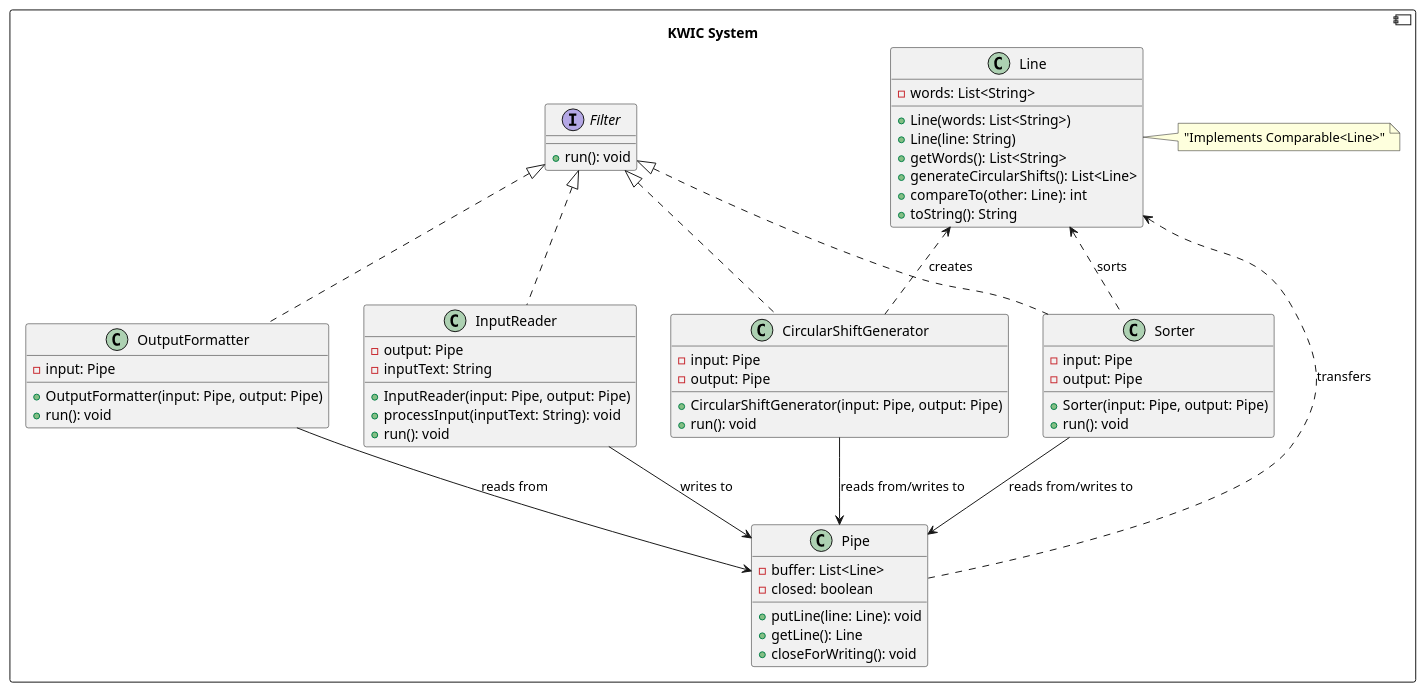
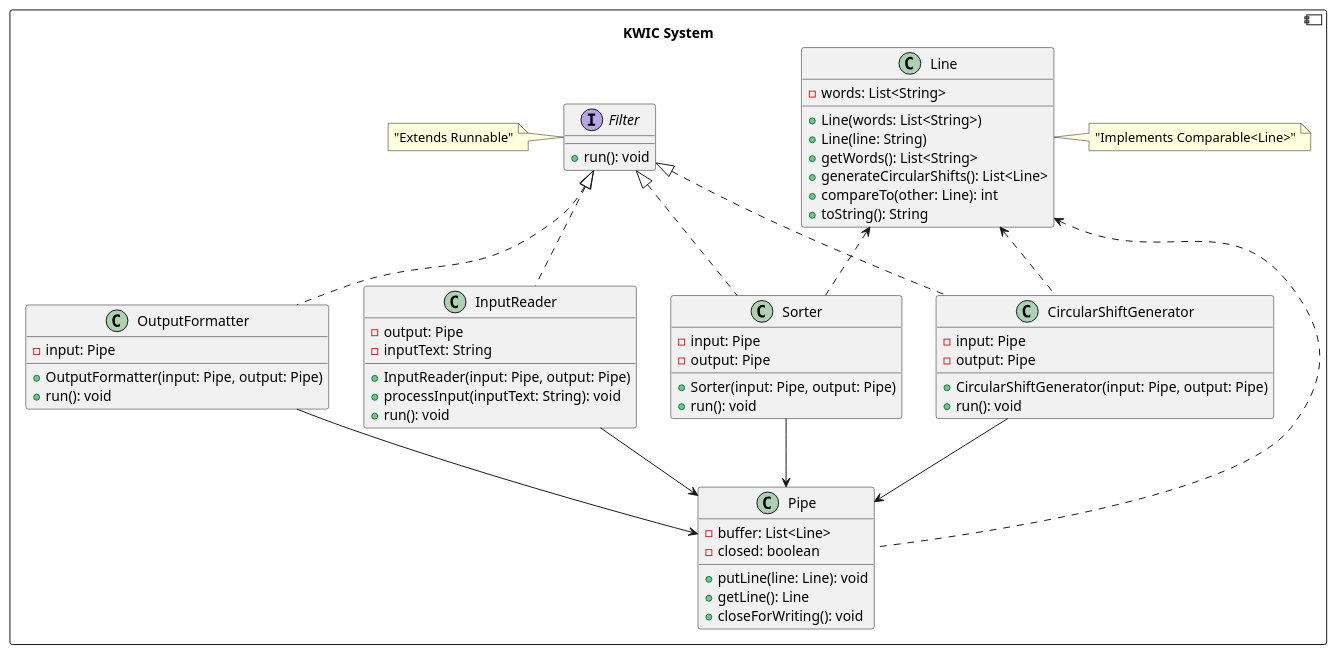
The diagram in kwic_class.puml (zenOfBass/SAD-Assignment-3-II), drawn with PlantUML before and after one commit. The commit also changed other lines of this file, not shown here.

Commit message:
uml again

```diff
--- a/kwic_class.puml
+++ b/kwic_class.puml
@@ -1,70 +1,71 @@
 @startuml
 component "KWIC System" {
 
 interface Filter {
   +run(): void
 }
 
 class Pipe {
   -buffer: List<Line>
   -closed: boolean
   +putLine(line: Line): void
   +getLine(): Line
   +closeForWriting(): void
 }
 
 class Line {
   -words: List<String>
   +Line(words: List<String>)
   +Line(line: String)
   +getWords(): List<String>
   +generateCircularShifts(): List<Line>
   +compareTo(other: Line): int
   +toString(): String
 }
 
 class InputReader {
   -output: Pipe
   -inputText: String
   +InputReader(input: Pipe, output: Pipe)
   +processInput(inputText: String): void
   +run(): void
 }
 
 class CircularShiftGenerator {
   -input: Pipe
   -output: Pipe
   +CircularShiftGenerator(input: Pipe, output: Pipe)
   +run(): void
 }
 
 class Sorter {
   -input: Pipe
   -output: Pipe
   +Sorter(input: Pipe, output: Pipe)
   +run(): void
 }
 
 class OutputFormatter {
   -input: Pipe
   +OutputFormatter(input: Pipe, output: Pipe)
   +run(): void
 }
 
 Filter <|.. InputReader
 Filter <|.. CircularShiftGenerator
 Filter <|.. Sorter
 Filter <|.. OutputFormatter
 
-Line <.. CircularShiftGenerator: creates
-Line <.. Sorter: sorts
-Line <.. Pipe: transfers
+Line <.. CircularShiftGenerator
+Line <.. Sorter
+Line <.. Pipe
 
-InputReader --> Pipe: writes to
-CircularShiftGenerator --> Pipe: reads from/writes to
-Sorter --> Pipe: reads from/writes to
-OutputFormatter --> Pipe: reads from
+InputReader --> Pipe
+CircularShiftGenerator --> Pipe
+Sorter --> Pipe
+OutputFormatter --> Pipe
 
 note right of Line: "Implements Comparable<Line>"
+note left of Filter: "Extends Runnable"
 }
 @enduml
```
